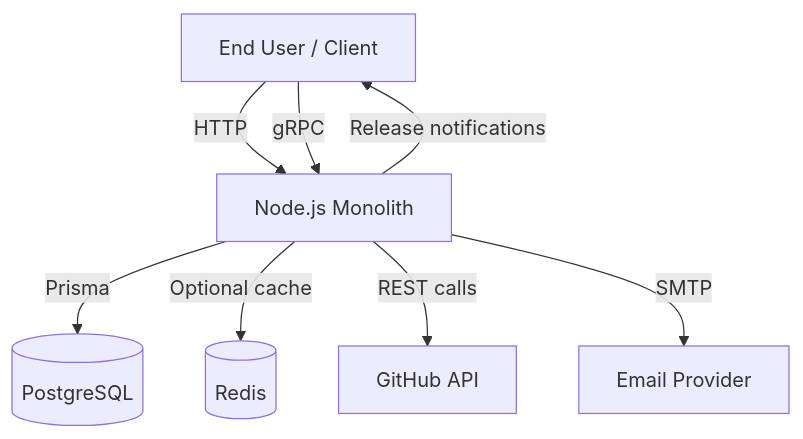
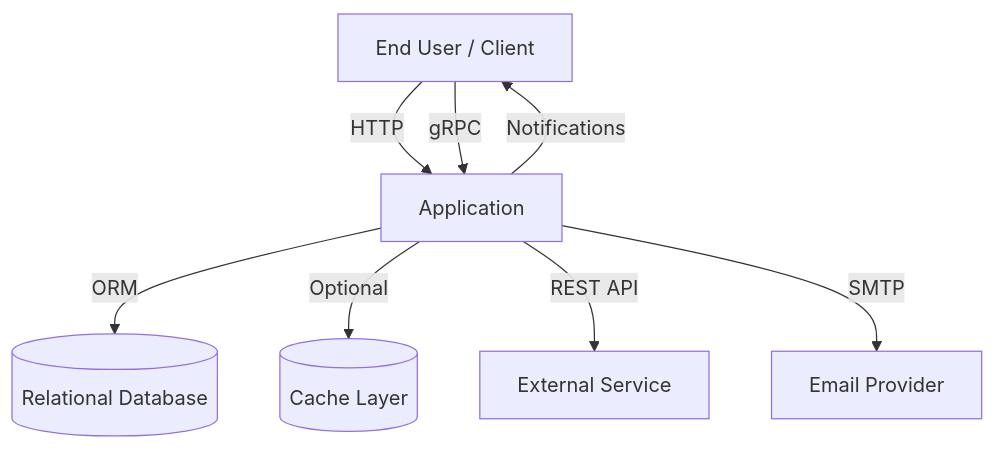
Before and after one commit to GenesisEducationKyiv/software-engineering-school-6-0-RandomIv: the first of 3 diagrams in docs/system-design.md, drawn with Mermaid. The commit also changed other lines of this file and 3 other files, not shown here.

Commit message:
docs: remove implementation details from architecture docs

````diff
--- a/docs/system-design.md
+++ b/docs/system-design.md
@@ -68,12 +62,12 @@
 ```mermaid
 graph TD
-    U[End User / Client] -->|HTTP| APP[Node.js Monolith]
+    U[End User / Client] -->|HTTP| APP[Application]
     U -->|gRPC| APP
 
-    APP -->|Prisma| DB[(PostgreSQL)]
-    APP -->|Optional cache| REDIS[(Redis)]
-    APP -->|REST calls| GH[GitHub API]
-    APP -->|SMTP| SMTP[Email Provider]
+    APP -->|ORM| DB[(Relational Database)]
+    APP -->|Optional| CACHE[(Cache Layer)]
+    APP -->|REST API| GH[External Service]
+    APP -->|SMTP| EMAIL[Email Provider]
 
-    APP -->|Release notifications| U
+    APP -->|Notifications| U
 ```
````
